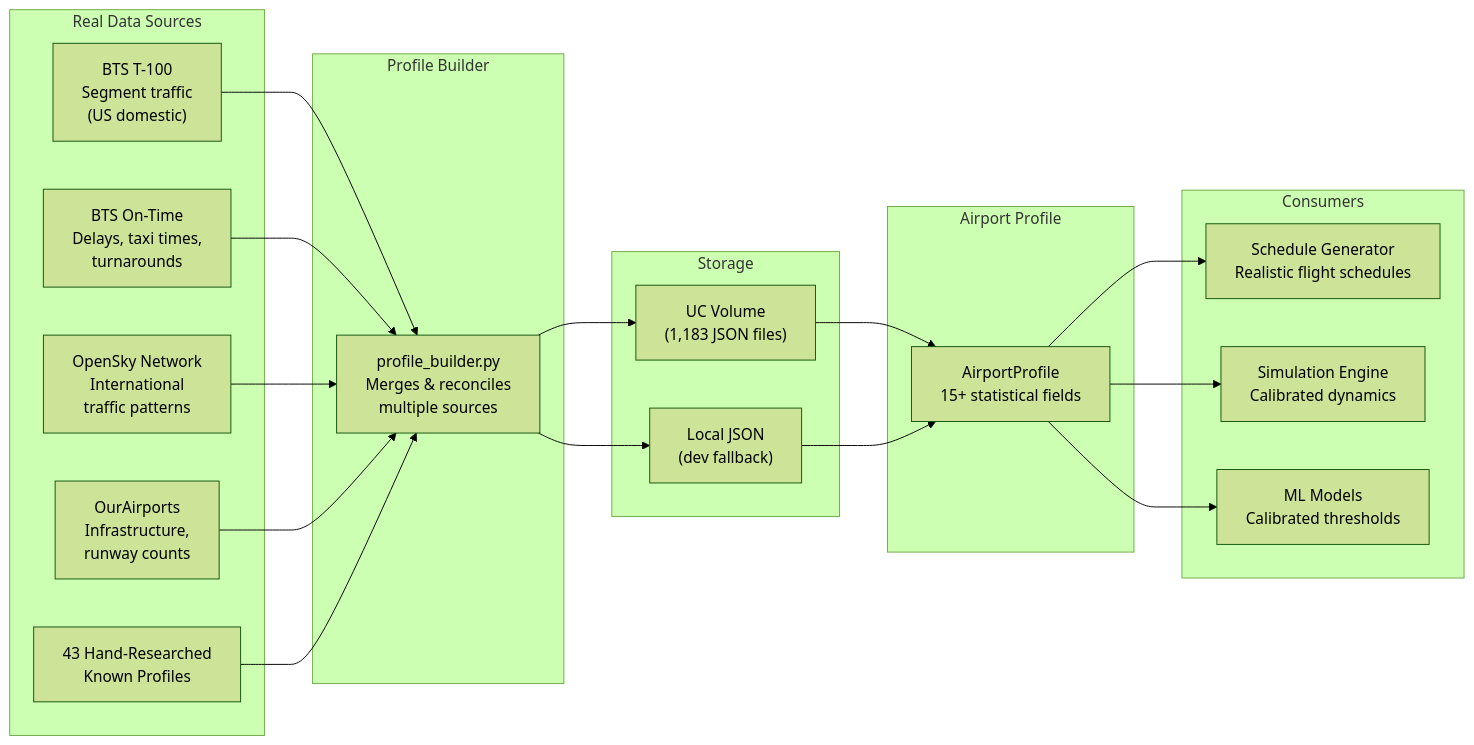
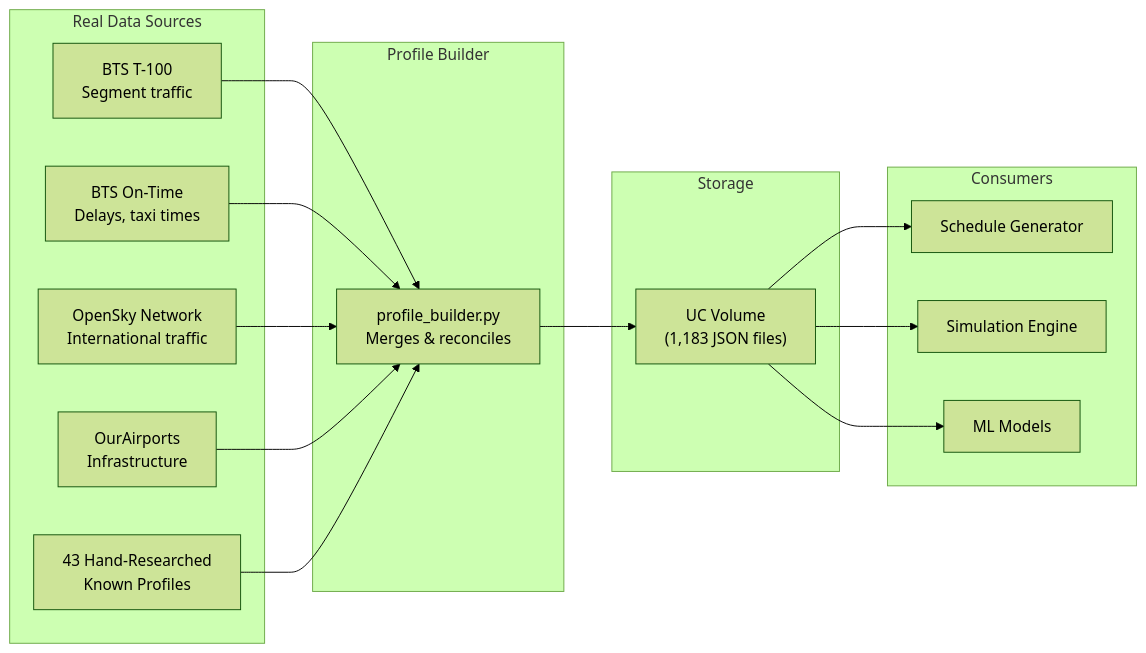
Before and after one commit to LaurentPRAT-DB/databricks-airport-digital-twin: the first of 3 diagrams in README.md, drawn with Mermaid (forest theme). The commit also changed other lines of this file, not shown here.

````diff
--- a/README.md
+++ b/README.md
@@ -340,32 +332,26 @@
 ```mermaid
 graph LR
     subgraph "Real Data Sources"
-        BTS1["BTS T-100<br/>Segment traffic<br/>(US domestic)"]
-        BTS2["BTS On-Time<br/>Delays, taxi times,<br/>turnarounds"]
-        OSK["OpenSky Network<br/>International<br/>traffic patterns"]
-        OA["OurAirports<br/>Infrastructure,<br/>runway counts"]
+        BTS1["BTS T-100<br/>Segment traffic"]
+        BTS2["BTS On-Time<br/>Delays, taxi times"]
+        OSK["OpenSky Network<br/>International traffic"]
+        OA["OurAirports<br/>Infrastructure"]
         KP["43 Hand-Researched<br/>Known Profiles"]
     end
 
     subgraph "Profile Builder"
-        PB["profile_builder.py<br/>Merges & reconciles<br/>multiple sources"]
+        PB["profile_builder.py<br/>Merges & reconciles"]
     end
 
     subgraph "Storage"
         VOL["UC Volume<br/>(1,183 JSON files)"]
-        LOCAL["Local JSON<br/>(dev fallback)"]
-    end
-
-    subgraph "Airport Profile"
-        AP["AirportProfile<br/>15+ statistical fields"]
     end
 
     subgraph "Consumers"
-        SG["Schedule Generator<br/>Realistic flight schedules"]
-        SE["Simulation Engine<br/>Calibrated dynamics"]
-        ML["ML Models<br/>Calibrated thresholds"]
+        SG["Schedule Generator"]
+        SE["Simulation Engine"]
+        ML["ML Models"]
     end
 
-    BTS1 & BTS2 & OSK & OA & KP --> PB --> VOL & LOCAL
-    VOL & LOCAL --> AP --> SG & SE & ML
+    BTS1 & BTS2 & OSK & OA & KP --> PB --> VOL --> SG & SE & ML
 ```
````
